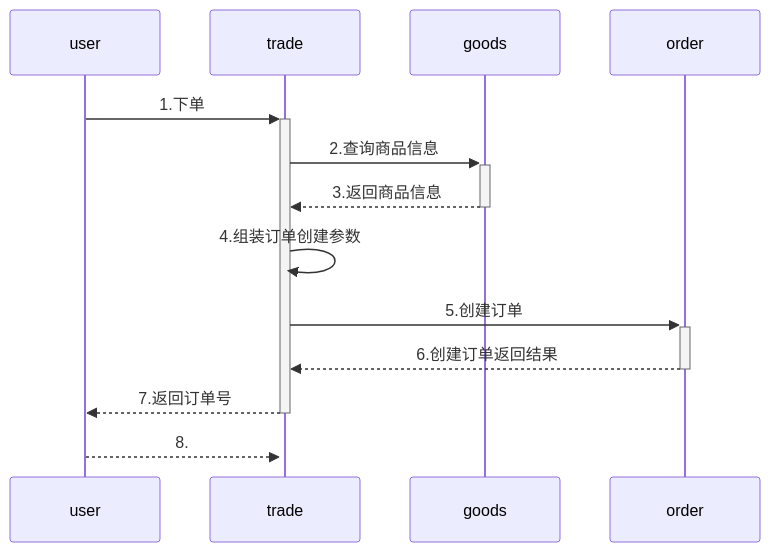
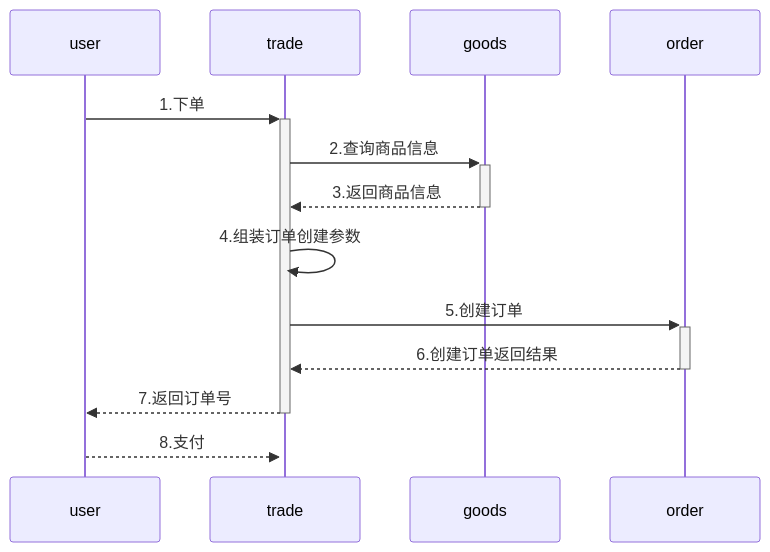
The diagram in all/未命名-6.md (yingjianzh/iodraw-files), drawn with Mermaid before and after one commit.

Commit message:
2024-08-19 15:43:44 update

````diff
--- a/all/未命名-6.md
+++ b/all/未命名-6.md
@@ -1,11 +1,12 @@
 ```mermaid
 sequenceDiagram
     user->>+trade: 1.下单
     trade->>+goods: 2.查询商品信息
     goods-->>-trade: 3.返回商品信息
     trade->>trade: 4.组装订单创建参数
     trade->>+order: 5.创建订单
     order-->>-trade: 6.创建订单返回结果
     trade-->>-user: 7.返回订单号
-    user-->>+trade: 8.
+    user-->>+trade: 8.支付
+    
 ```
````
